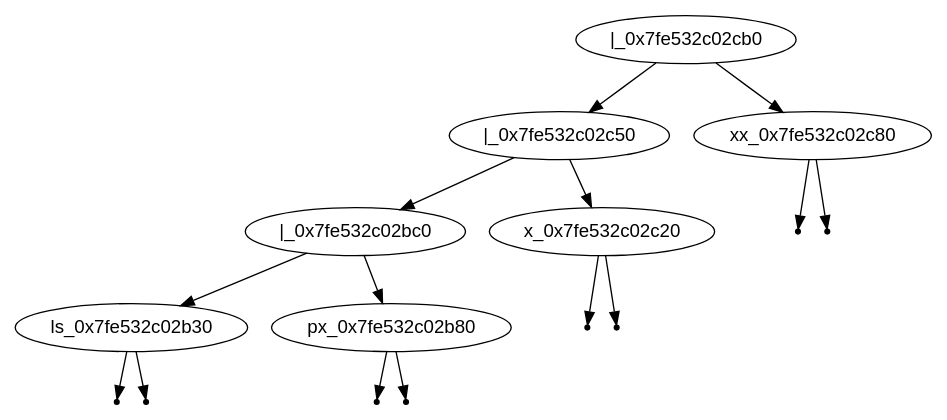
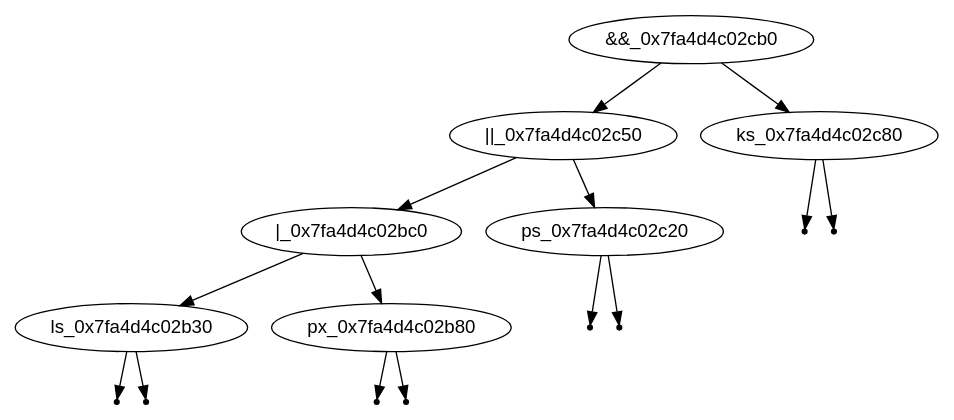
The diagram in tree.dot (ix-56h/Shelled), drawn with Graphviz before and after one commit. The commit also changed 4 other files, not shown here.

```diff
--- a/tree.dot
+++ b/tree.dot
@@ -1,25 +1,25 @@
 digraph BST {
     node [fontname="Arial"];
-    "|_0x7fe532c02cb0" -> "|_0x7fe532c02c50";
-    "|_0x7fe532c02c50" -> "|_0x7fe532c02bc0";
-    "|_0x7fe532c02bc0" -> "ls_0x7fe532c02b30";
+    "&&_0x7fa4d4c02cb0" -> "||_0x7fa4d4c02c50";
+    "||_0x7fa4d4c02c50" -> "|_0x7fa4d4c02bc0";
+    "|_0x7fa4d4c02bc0" -> "ls_0x7fa4d4c02b30";
     null0 [shape=point];
-    "ls_0x7fe532c02b30" -> null0;
+    "ls_0x7fa4d4c02b30" -> null0;
     null1 [shape=point];
-    "ls_0x7fe532c02b30" -> null1;
-    "|_0x7fe532c02bc0" -> "px_0x7fe532c02b80";
+    "ls_0x7fa4d4c02b30" -> null1;
+    "|_0x7fa4d4c02bc0" -> "px_0x7fa4d4c02b80";
     null2 [shape=point];
-    "px_0x7fe532c02b80" -> null2;
+    "px_0x7fa4d4c02b80" -> null2;
     null3 [shape=point];
-    "px_0x7fe532c02b80" -> null3;
-    "|_0x7fe532c02c50" -> "x_0x7fe532c02c20";
+    "px_0x7fa4d4c02b80" -> null3;
+    "||_0x7fa4d4c02c50" -> "ps_0x7fa4d4c02c20";
     null4 [shape=point];
-    "x_0x7fe532c02c20" -> null4;
+    "ps_0x7fa4d4c02c20" -> null4;
     null5 [shape=point];
-    "x_0x7fe532c02c20" -> null5;
-    "|_0x7fe532c02cb0" -> "xx_0x7fe532c02c80";
+    "ps_0x7fa4d4c02c20" -> null5;
+    "&&_0x7fa4d4c02cb0" -> "ks_0x7fa4d4c02c80";
     null6 [shape=point];
-    "xx_0x7fe532c02c80" -> null6;
+    "ks_0x7fa4d4c02c80" -> null6;
     null7 [shape=point];
-    "xx_0x7fe532c02c80" -> null7;
+    "ks_0x7fa4d4c02c80" -> null7;
 }
```
